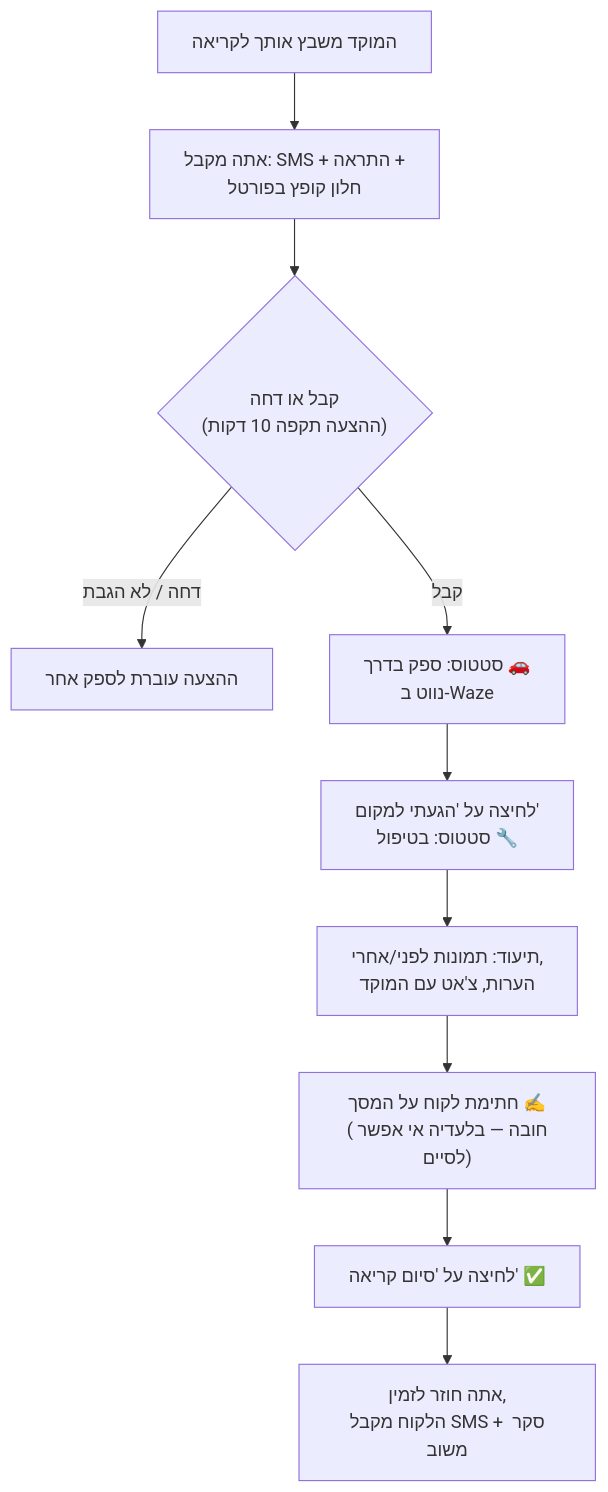
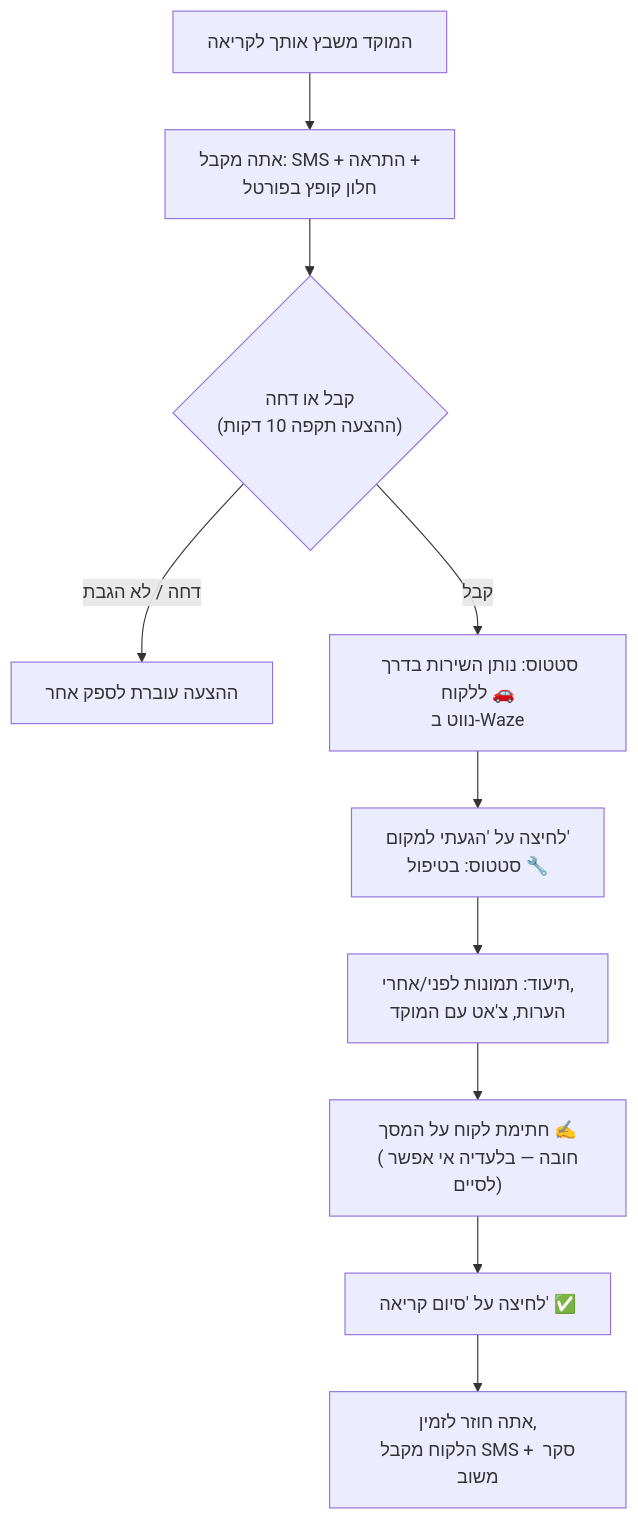
Before and after one commit to IFATEYTAN/natid-crm: the second of 2 diagrams in docs/guides/04-vendor-portal.md, drawn with Mermaid. The commit also changed other lines of this file and 5 other files, not shown here.

````diff
--- a/docs/guides/04-vendor-portal.md
+++ b/docs/guides/04-vendor-portal.md
@@ -113,12 +113,12 @@
 ```mermaid
 flowchart TD
     A["המוקד משבץ אותך לקריאה"] --> B["אתה מקבל: SMS + התראה +<br/>חלון קופץ בפורטל"]
     B --> C{"קבל או דחה<br/>(ההצעה תקפה 10 דקות)"}
     C -->|"דחה / לא הגבת"| D["ההצעה עוברת לספק אחר"]
-    C -->|"קבל"| E["סטטוס: ספק בדרך 🚗<br/>נווט ב-Waze"]
+    C -->|"קבל"| E["סטטוס: נותן השירות בדרך ללקוח 🚗<br/>נווט ב-Waze"]
     E --> F["לחיצה על 'הגעתי למקום'<br/>סטטוס: בטיפול 🔧"]
     F --> G["תיעוד: תמונות לפני/אחרי,<br/>הערות, צ'אט עם המוקד"]
     G --> H["חתימת לקוח על המסך ✍️<br/>(חובה — בלעדיה אי אפשר לסיים)"]
     H --> I["לחיצה על 'סיום קריאה' ✅"]
     I --> J["אתה חוזר לזמין,<br/>הלקוח מקבל SMS + סקר משוב"]
 ```
````
